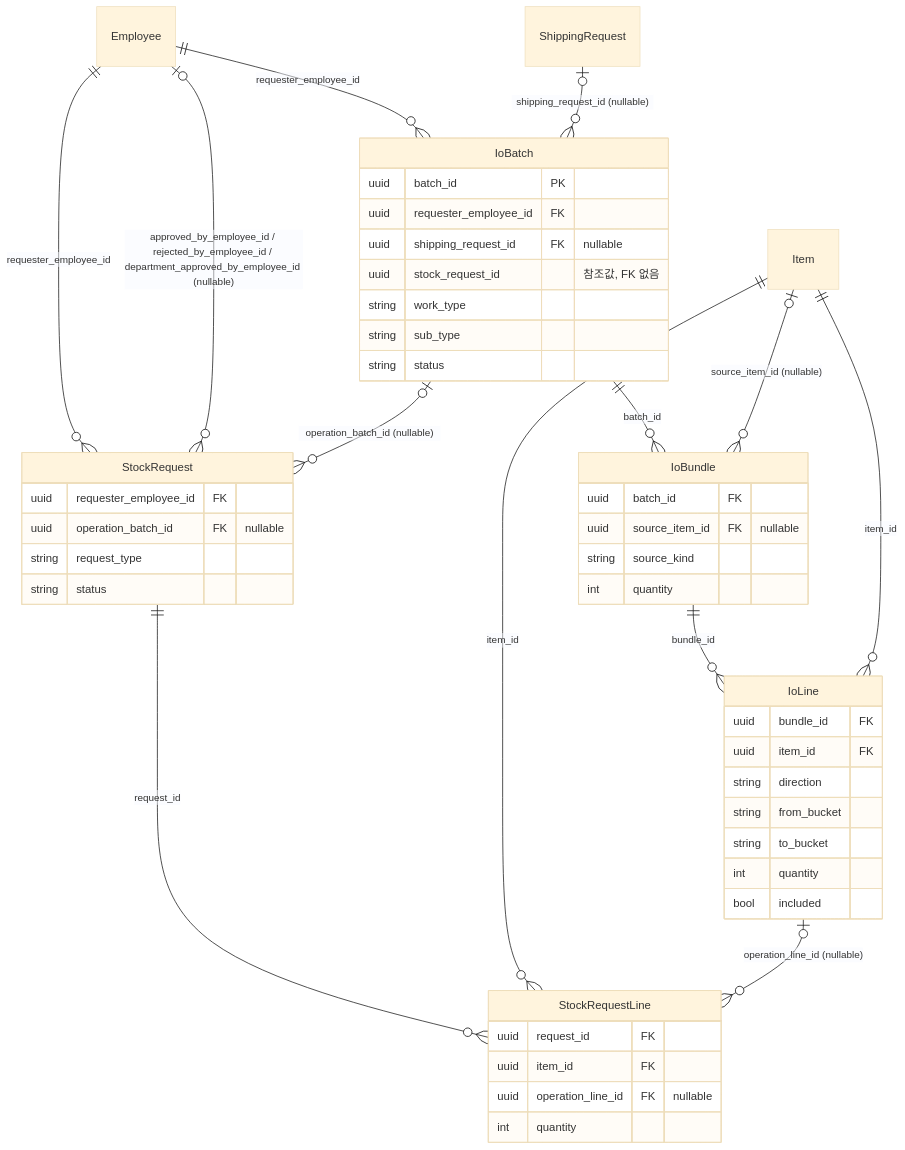
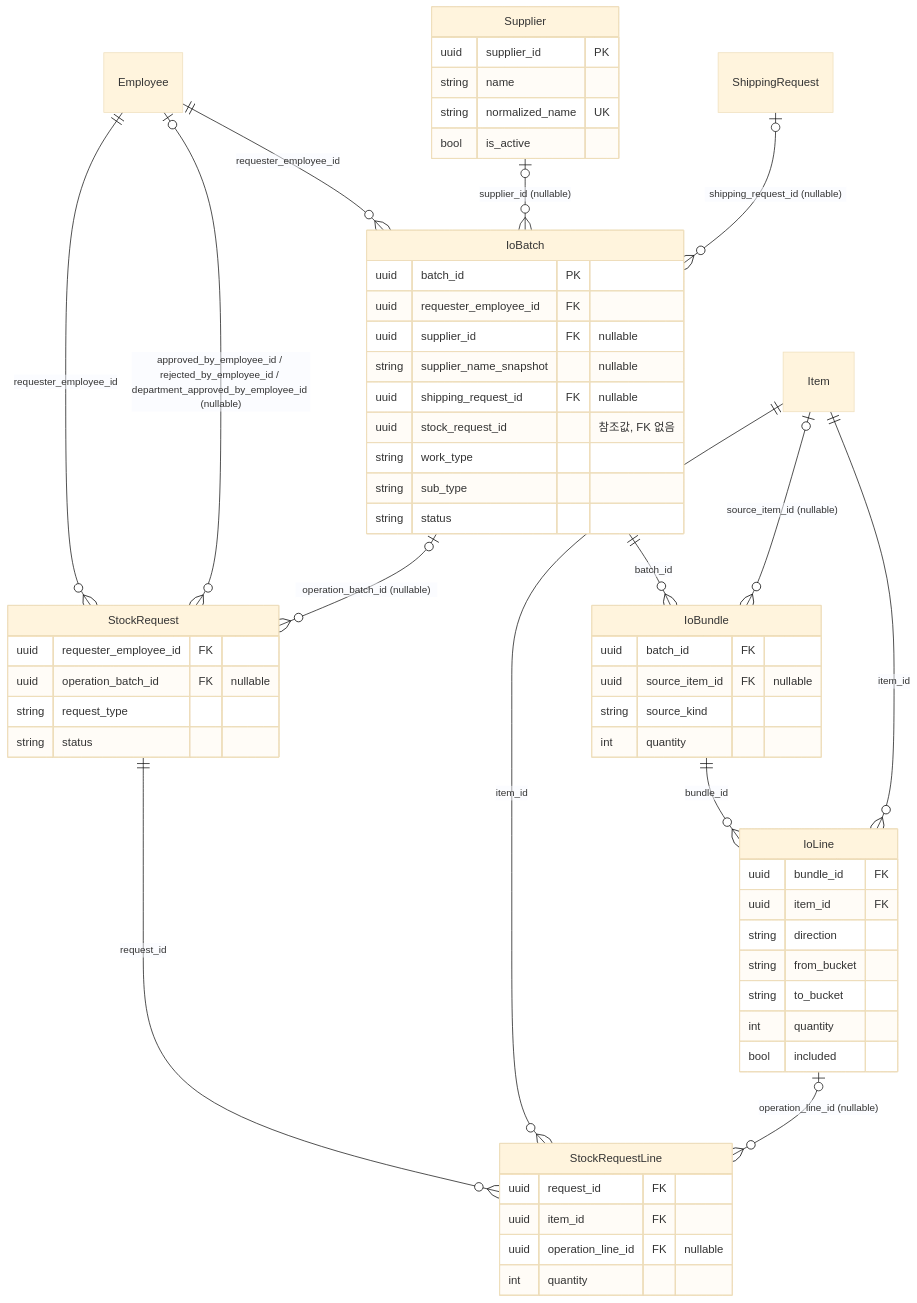
Before and after one commit to Hw-03/ERP: the fourth of 7 diagrams in _attic/docs/ERD.md, drawn with Mermaid (base theme). The commit also changed other lines of this file and 59 other files, not shown here.

````diff
--- a/_attic/docs/ERD.md
+++ b/_attic/docs/ERD.md
@@ -198,52 +198,61 @@
 ```mermaid
 erDiagram
     Employee ||--o{ IoBatch : "requester_employee_id"
+    Supplier o|--o{ IoBatch : "supplier_id (nullable)"
     ShippingRequest o|--o{ IoBatch : "shipping_request_id (nullable)"
     IoBatch ||--o{ IoBundle : "batch_id"
     IoBundle ||--o{ IoLine : "bundle_id"
     Item o|--o{ IoBundle : "source_item_id (nullable)"
     Item ||--o{ IoLine : "item_id"
     Employee ||--o{ StockRequest : "requester_employee_id"
     Employee o|--o{ StockRequest : "approved_by_employee_id / rejected_by_employee_id / department_approved_by_employee_id (nullable)"
     IoBatch o|--o{ StockRequest : "operation_batch_id (nullable)"
     StockRequest ||--o{ StockRequestLine : "request_id"
     Item ||--o{ StockRequestLine : "item_id"
     IoLine o|--o{ StockRequestLine : "operation_line_id (nullable)"
 
+    Supplier {
+        uuid supplier_id PK
+        string name
+        string normalized_name UK
+        bool is_active
+    }
     IoBatch {
         uuid batch_id PK
         uuid requester_employee_id FK
+        uuid supplier_id FK "nullable"
+        string supplier_name_snapshot "nullable"
         uuid shipping_request_id FK "nullable"
         uuid stock_request_id "참조값, FK 없음"
         string work_type
         string sub_type
         string status
     }
     IoBundle {
         uuid batch_id FK
         uuid source_item_id FK "nullable"
         string source_kind
         int quantity
     }
     IoLine {
         uuid bundle_id FK
         uuid item_id FK
         string direction
         string from_bucket
         string to_bucket
         int quantity
         bool included
     }
     StockRequest {
         uuid requester_employee_id FK
         uuid operation_batch_id FK "nullable"
         string request_type
         string status
     }
     StockRequestLine {
         uuid request_id FK
         uuid item_id FK
         uuid operation_line_id FK "nullable"
         int quantity
     }
 ```
````
